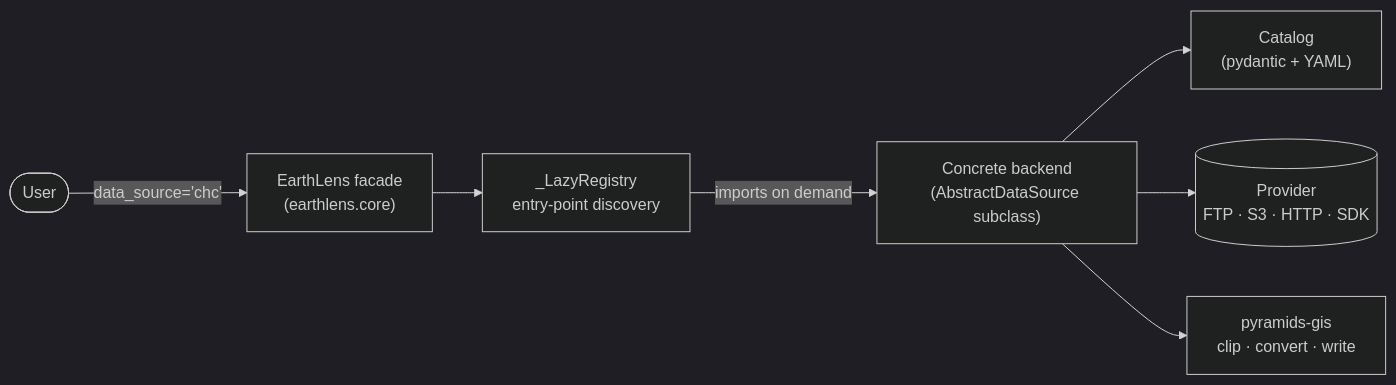
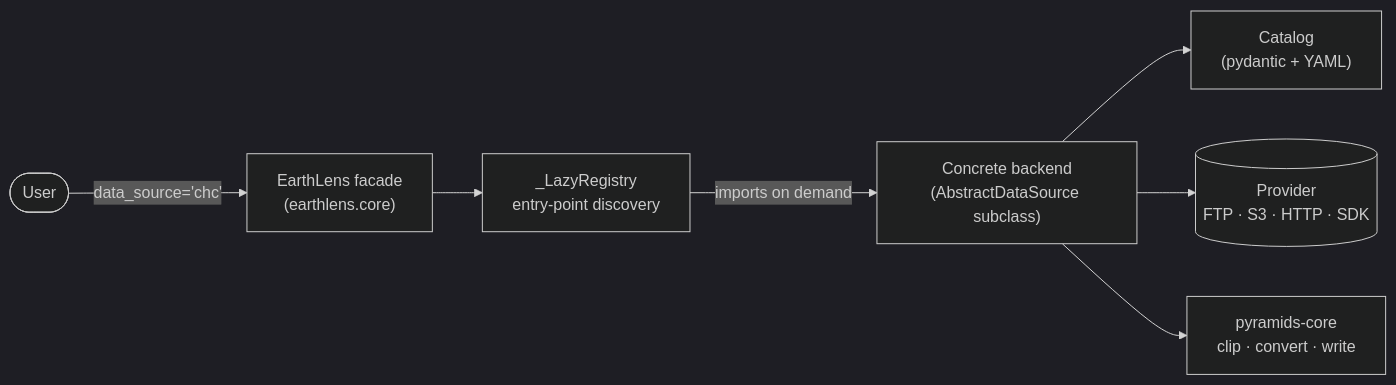
Before and after one commit to serapeum-org/earthlens: the first of 5 diagrams in docs/overview/architecture.md, drawn with Mermaid (dark theme). The commit also changed other lines of this file and 33 other files, not shown here.

````diff
--- a/docs/overview/architecture.md
+++ b/docs/overview/architecture.md
@@ -12,12 +12,12 @@
 ```mermaid
 flowchart LR
     user([User])
     facade["EarthLens facade<br/>(earthlens.core)"]
     registry["_LazyRegistry<br/>entry-point discovery"]
     user -->|"data_source='chc'"| facade
     facade --> registry
     registry -->|"imports on demand"| backend["Concrete backend<br/>(AbstractDataSource subclass)"]
     backend --> catalog["Catalog<br/>(pydantic + YAML)"]
     backend --> remote[("Provider<br/>FTP · S3 · HTTP · SDK")]
-    backend --> pyramids["pyramids-gis<br/>clip · convert · write"]
+    backend --> pyramids["pyramids-core<br/>clip · convert · write"]
 ```
````
